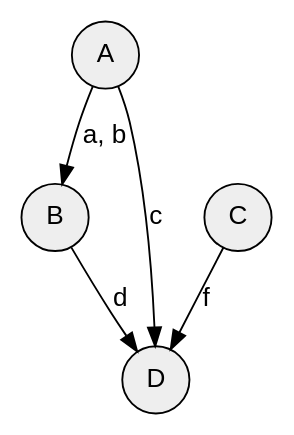
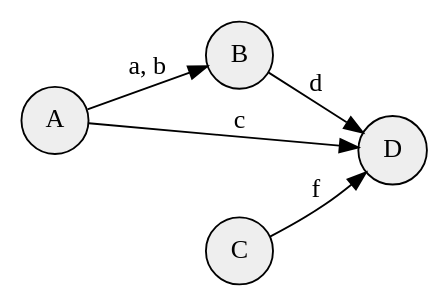
One commit to reina-m/Stage changed the diagram in output/dot/notebook1.dot. Above: the diagram before and after it, drawn with Graphviz. The commit also changed 42 other files, not shown here.

Commit message:
feat(pos): use graphviz positions in json outputs

```diff
--- a/output/dot/notebook1.dot
+++ b/output/dot/notebook1.dot
@@ -1,13 +1,38 @@
 digraph Notebook {
-    rankdir="TB";
-    node [shape=circle, style=filled, fillcolor="#eeeeee", fontname="Helvetica"];
-    edge [fontname="Helvetica"];
-    "cell_0" [label="A", shape="circle", fillcolor="#eeeeee"];
-    "cell_1" [label="B", shape="circle", fillcolor="#eeeeee"];
-    "cell_2" [label="C", shape="circle", fillcolor="#eeeeee"];
-    "cell_3" [label="D", shape="circle", fillcolor="#eeeeee"];
-    "cell_0" -> "cell_1" [label="a, b"];
-    "cell_0" -> "cell_3" [label="c"];
-    "cell_1" -> "cell_3" [label="d"];
-    "cell_2" -> "cell_3" [label="f"];
+	graph [bb="0,0,207,143",
+		rankdir=LR
+	];
+	node [fillcolor="#eeeeee",
+		label="\N",
+		shape=circle,
+		style=filled
+	];
+	cell_0	[height=0.5,
+		label=A,
+		pos="18,88",
+		width=0.5];
+	cell_1	[height=0.5,
+		label=B,
+		pos="110.25,125",
+		width=0.5];
+	cell_0 -> cell_1	[label="a, b",
+		lp="64.125,118.06",
+		pos="e,93.255,118.44 35.135,94.615 48.354,100.03 67.328,107.81 82.769,114.14"];
+	cell_3	[height=0.5,
+		label=D,
+		pos="189,72",
+		width=0.5];
+	cell_0 -> cell_3	[label=c,
+		lp="110.25,89.314",
+		pos="e,170.82,73.627 36.135,86.378 65.11,83.635 124.07,78.052 159.4,74.708"];
+	cell_1 -> cell_3	[label=d,
+		lp="149.62,108.34",
+		pos="e,173.63,81.924 125.69,115.03 136.51,107.55 151.57,97.154 164.18,88.451"];
+	cell_2	[height=0.5,
+		label=C,
+		pos="110.25,18",
+		width=0.5];
+	cell_2 -> cell_3	[label=f,
+		lp="149.62,49.75",
+		pos="e,175.23,59.748 126.78,25.765 134.84,30.036 144.71,35.647 153,41.5 157.61,44.757 162.32,48.515 166.73,52.257"];
 }
```
